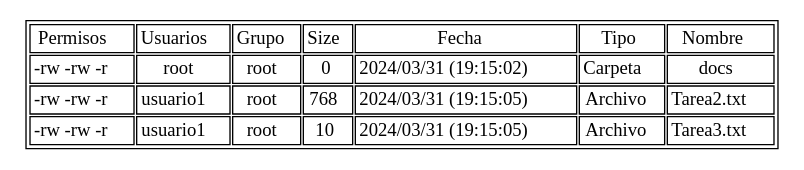
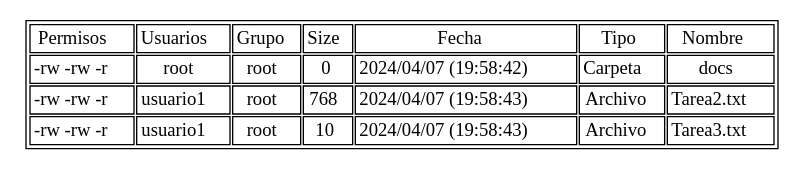
Before and after one commit to Iskandar1412/MIA_P2_201906051_S12024: the diagram in Backend/MIA/P1/Reports/reporte5_ls.dot, drawn with Graphviz. The commit also changed 85 other files, not shown here.

```diff
--- a/Backend/MIA/P1/Reports/reporte5_ls.dot
+++ b/Backend/MIA/P1/Reports/reporte5_ls.dot
@@ -1,15 +1,15 @@
 digraph G {
 	node[shape=none];
 		start[label=<<table>
 			<tr>
 			<td>Permisos</td>
 			<td>Usuarios</td>
 			<td>Grupo</td>
 			<td>Size</td>
 			<td>Fecha</td>
 			<td>Tipo</td>
 			<td>Nombre</td>
 			</tr>
-			<tr>				<td>-rw -rw -r </td>				<td>root</td>				<td>root</td>				<td>0</td>				<td>2024/03/31 (19:15:02)</td>				<td>Carpeta</td>				<td>docs</td>			</tr>			<tr>				<td>-rw -rw -r </td>				<td>usuario1</td>				<td>root</td>				<td>768</td>				<td>2024/03/31 (19:15:05)</td>				<td>Archivo</td>				<td>Tarea2.txt</td>			</tr>			<tr>				<td>-rw -rw -r </td>				<td>usuario1</td>				<td>root</td>				<td>10</td>				<td>2024/03/31 (19:15:05)</td>				<td>Archivo</td>				<td>Tarea3.txt</td>			</tr>
+			<tr>				<td>-rw -rw -r </td>				<td>root</td>				<td>root</td>				<td>0</td>				<td>2024/04/07 (19:58:42)</td>				<td>Carpeta</td>				<td>docs</td>			</tr>			<tr>				<td>-rw -rw -r </td>				<td>usuario1</td>				<td>root</td>				<td>768</td>				<td>2024/04/07 (19:58:43)</td>				<td>Archivo</td>				<td>Tarea2.txt</td>			</tr>			<tr>				<td>-rw -rw -r </td>				<td>usuario1</td>				<td>root</td>				<td>10</td>				<td>2024/04/07 (19:58:43)</td>				<td>Archivo</td>				<td>Tarea3.txt</td>			</tr>
 		</table>>];
 }
```
